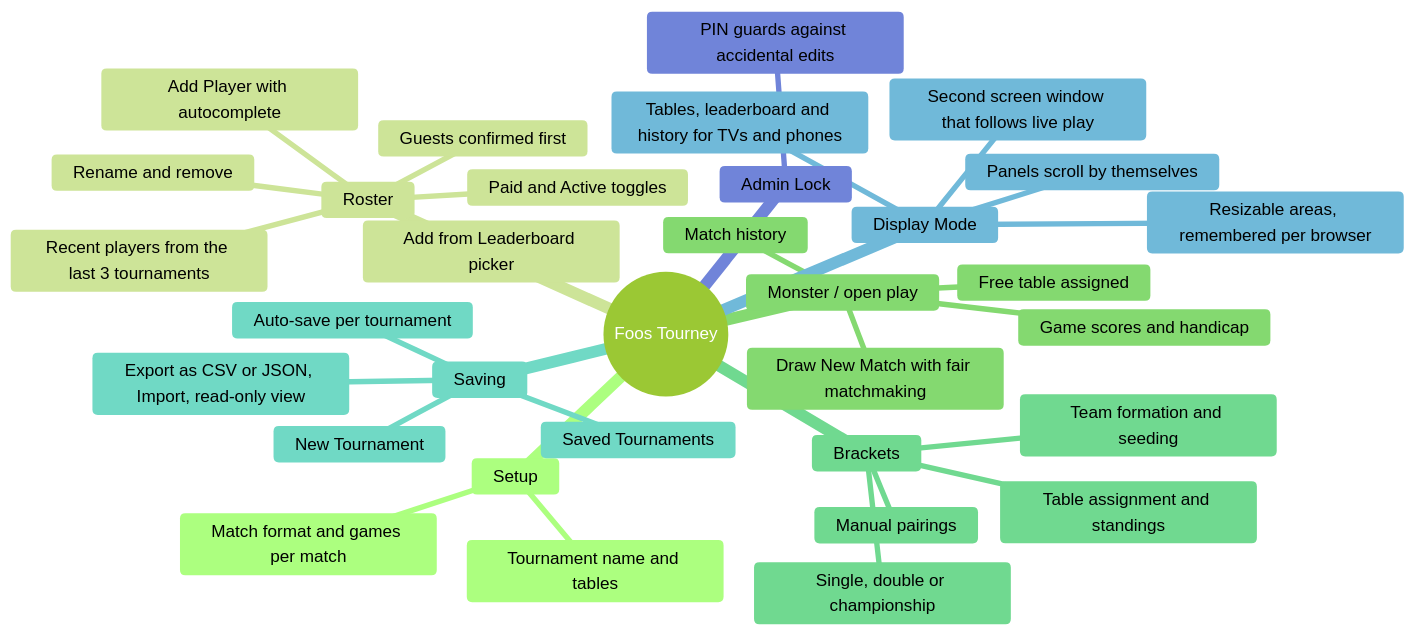
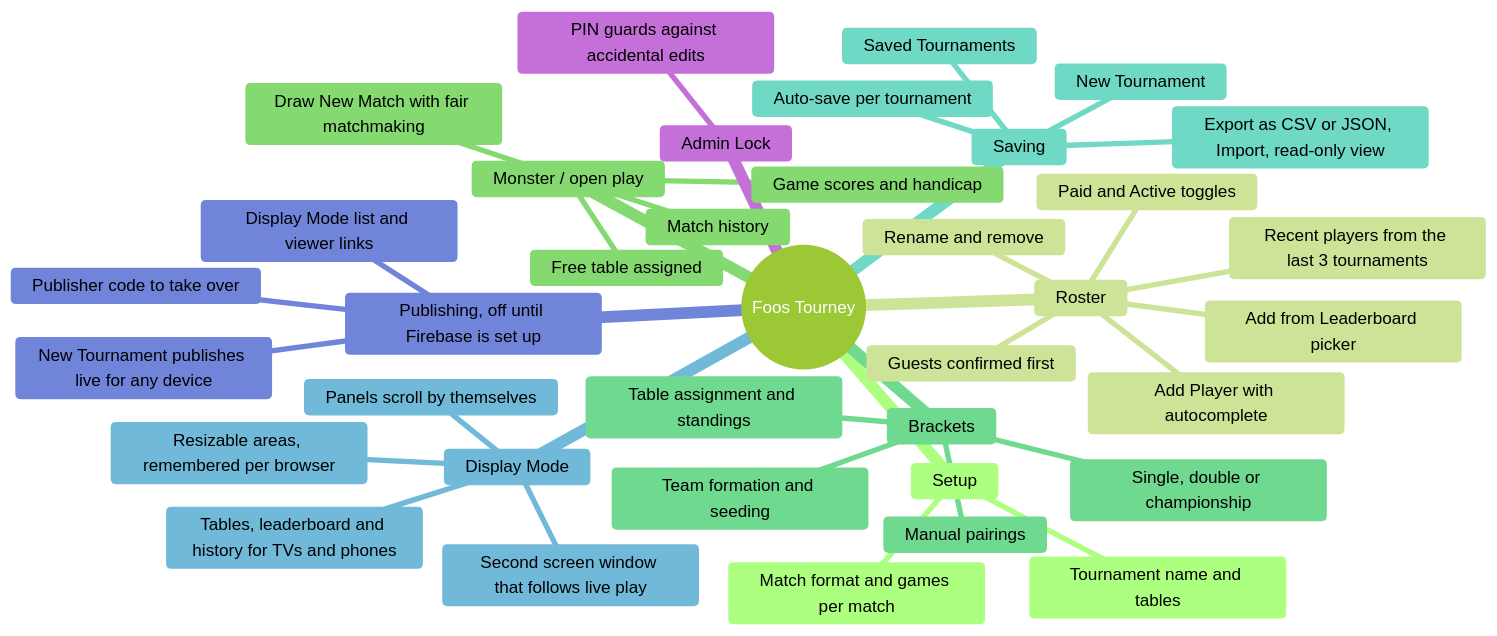
Before and after one commit to DT209/foos-tourney: the first of 7 diagrams in README.md, drawn with Mermaid (forest theme). The commit also changed other lines of this file and 3 other files, not shown here.

Commit message:
Docs: publishing in README, CLAUDE.md, Flow.md and the plan status

````diff
--- a/README.md
+++ b/README.md
@@ -8,36 +8,40 @@
 ```mermaid
 mindmap
   root((Foos Tourney))
     Setup
       Tournament name and tables
       Match format and games per match
     Roster
       Add Player with autocomplete
       Add from Leaderboard picker
       Recent players from the last 3 tournaments
       Guests confirmed first
       Paid and Active toggles
       Rename and remove
     Monster / open play
       Draw New Match with fair matchmaking
       Free table assigned
       Game scores and handicap
       Match history
     Brackets
       Single, double or championship
       Team formation and seeding
       Manual pairings
       Table assignment and standings
     Saving
       Auto-save per tournament
       New Tournament
       Saved Tournaments
       Export as CSV or JSON, Import, read-only view
     Display Mode
       Tables, leaderboard and history for TVs and phones
       Panels scroll by themselves
       Second screen window that follows live play
       Resizable areas, remembered per browser
+    Publishing, off until Firebase is set up
+      New Tournament publishes live for any device
+      Display Mode list and viewer links
+      Publisher code to take over
     Admin Lock
       PIN guards against accidental edits
 ```
````
